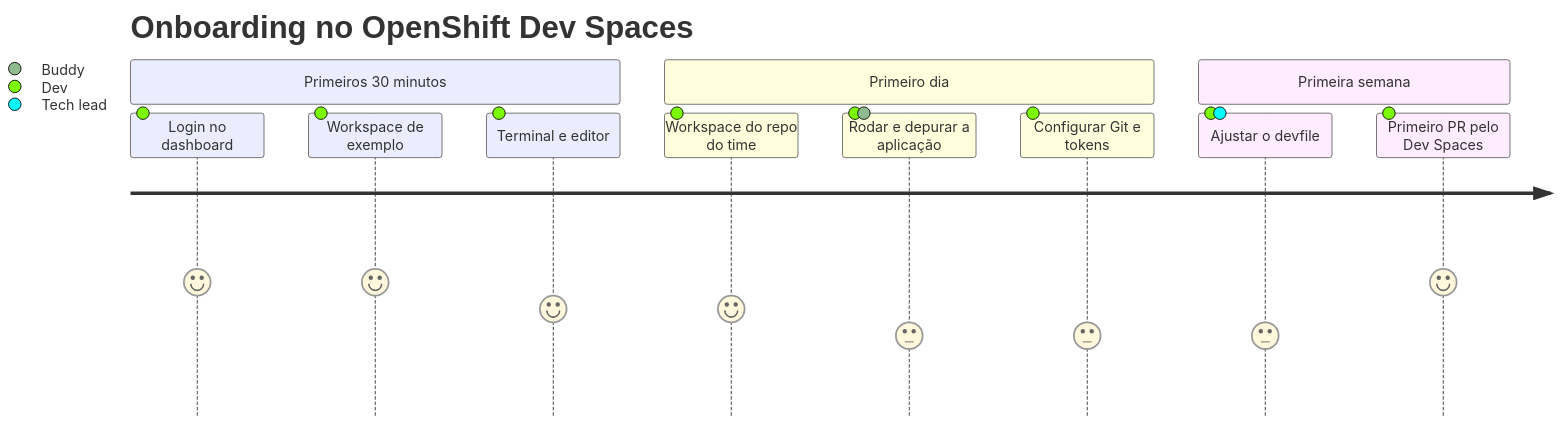
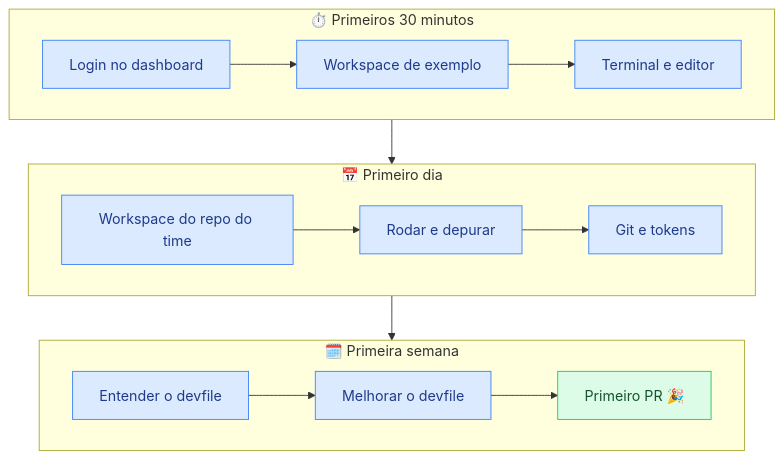
Before and after one commit to edtroleis/techdocs-manuais: the diagram in dev-spaces/docs/onboarding/trilha.md, drawn with Mermaid. The commit also changed other lines of this file and 1 other file, not shown here.

Commit message:
docs(dev-spaces): top-to-bottom diagrams for readability

````diff
--- a/dev-spaces/docs/onboarding/trilha.md
+++ b/dev-spaces/docs/onboarding/trilha.md
@@ -7,15 +7,19 @@
 ```mermaid
-journey
-    title Onboarding no OpenShift Dev Spaces
-    section Primeiros 30 minutos
-      Login no dashboard: 5: Dev
-      Workspace de exemplo: 5: Dev
-      Terminal e editor: 4: Dev
-    section Primeiro dia
-      Workspace do repo do time: 4: Dev
-      Rodar e depurar a aplicação: 3: Dev, Buddy
-      Configurar Git e tokens: 3: Dev
-    section Primeira semana
-      Ajustar o devfile: 3: Dev, Tech lead
-      Primeiro PR pelo Dev Spaces: 5: Dev
+flowchart TB
+    subgraph m30 [⏱️ Primeiros 30 minutos]
+        direction LR
+        a1[Login no dashboard]:::etapa --> a2[Workspace de exemplo]:::etapa --> a3[Terminal e editor]:::etapa
+    end
+    subgraph d1 [📅 Primeiro dia]
+        direction LR
+        b1[Workspace do repo do time]:::etapa --> b2[Rodar e depurar]:::etapa --> b3[Git e tokens]:::etapa
+    end
+    subgraph s1 [🗓️ Primeira semana]
+        direction LR
+        c1[Entender o devfile]:::etapa --> c2[Melhorar o devfile]:::etapa --> c3[Primeiro PR 🎉]:::fim
+    end
+    m30 --> d1 --> s1
+
+    classDef etapa fill:#dbeafe,stroke:#3b82f6,color:#1e3a8a
+    classDef fim fill:#dcfce7,stroke:#22c55e,color:#14532d
 ```
````
